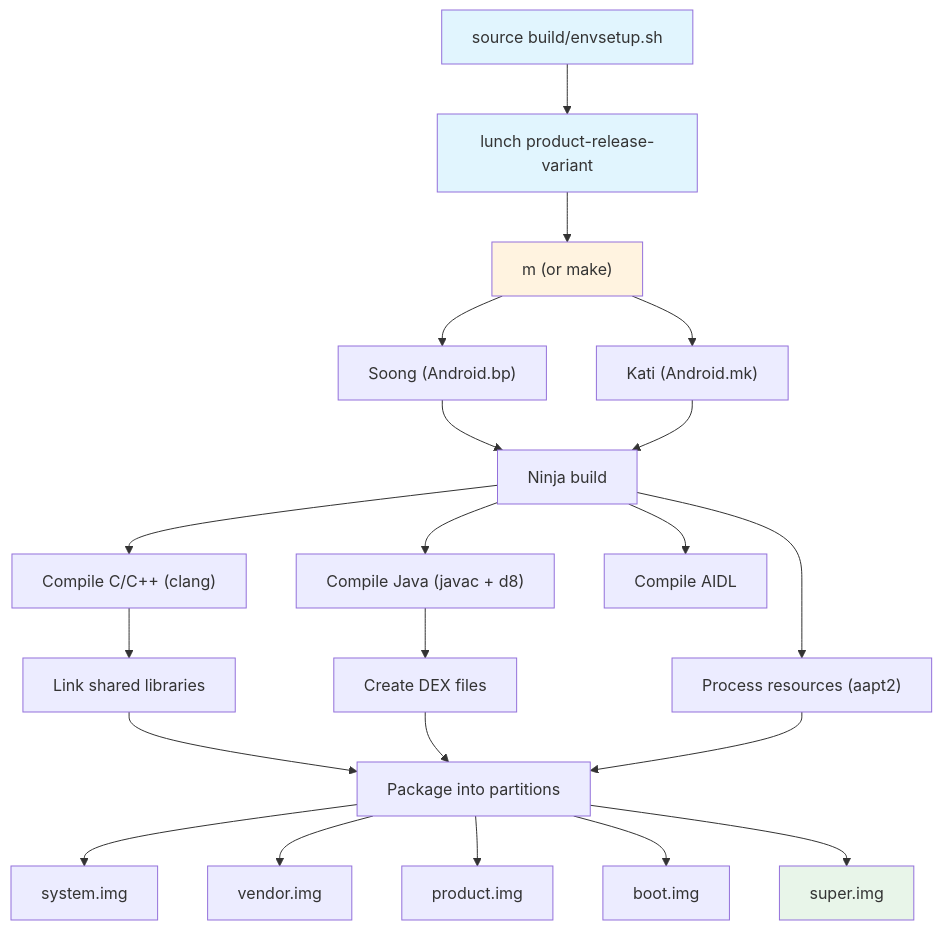
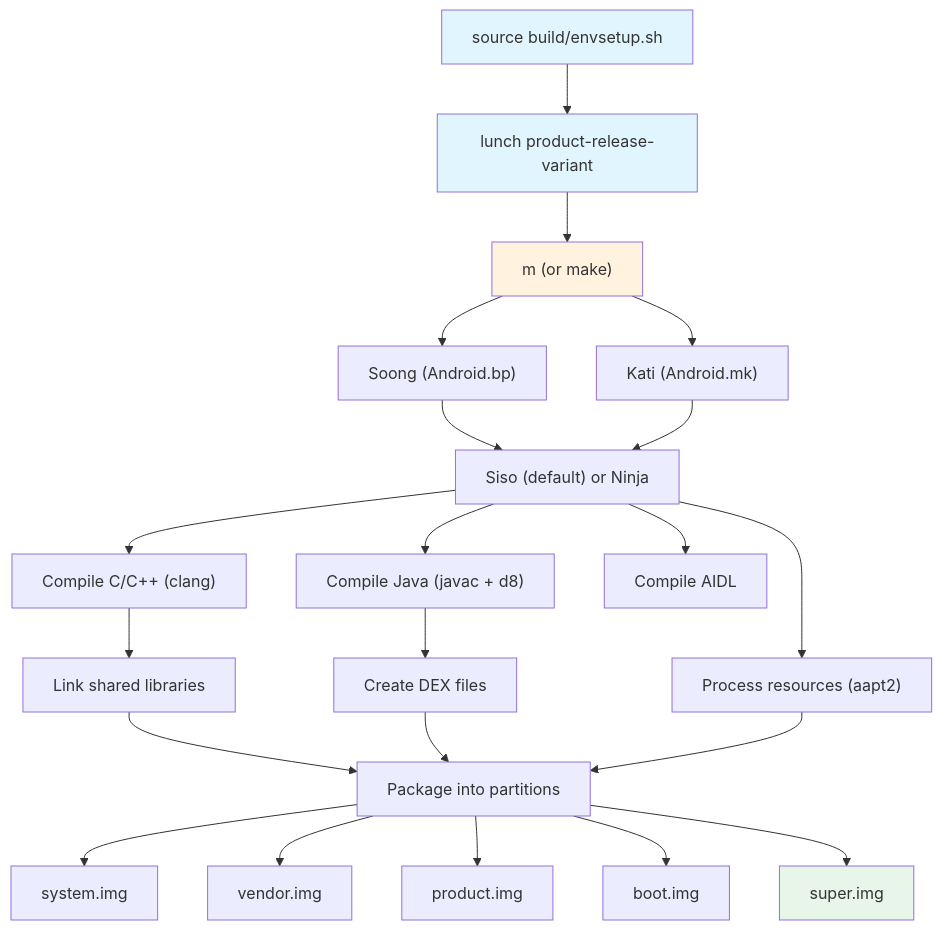
One commit to aospbooks/aosp-internal-book changed the second of 23 diagrams in agents/claude/skills/aosp-practical/63-custom-rom.md. Above: the diagram before and after it, drawn with Mermaid. The commit also changed other lines of this file and 232 other files, not shown here.

````diff
--- a/agents/claude/skills/aosp-practical/63-custom-rom.md
+++ b/agents/claude/skills/aosp-practical/63-custom-rom.md
@@ -445,28 +464,28 @@
 ```mermaid
 flowchart TD
     A["source build/envsetup.sh"] --> B["lunch product-release-variant"]
     B --> C["m (or make)"]
     C --> D["Soong (Android.bp)"]
     C --> E["Kati (Android.mk)"]
-    D --> F["Ninja build"]
+    D --> F["Siso (default) or Ninja"]
     E --> F
     F --> G["Compile C/C++ (clang)"]
     F --> H["Compile Java (javac + d8)"]
     F --> I["Compile AIDL"]
     F --> J["Process resources (aapt2)"]
     G --> K["Link shared libraries"]
     H --> L["Create DEX files"]
     K --> M["Package into partitions"]
     L --> M
     J --> M
     M --> N["system.img"]
     M --> O["vendor.img"]
     M --> P["product.img"]
     M --> Q["boot.img"]
     M --> R["super.img"]
 
     style A fill:#e1f5fe
     style B fill:#e1f5fe
     style C fill:#fff3e0
     style R fill:#e8f5e9
 ```
````
